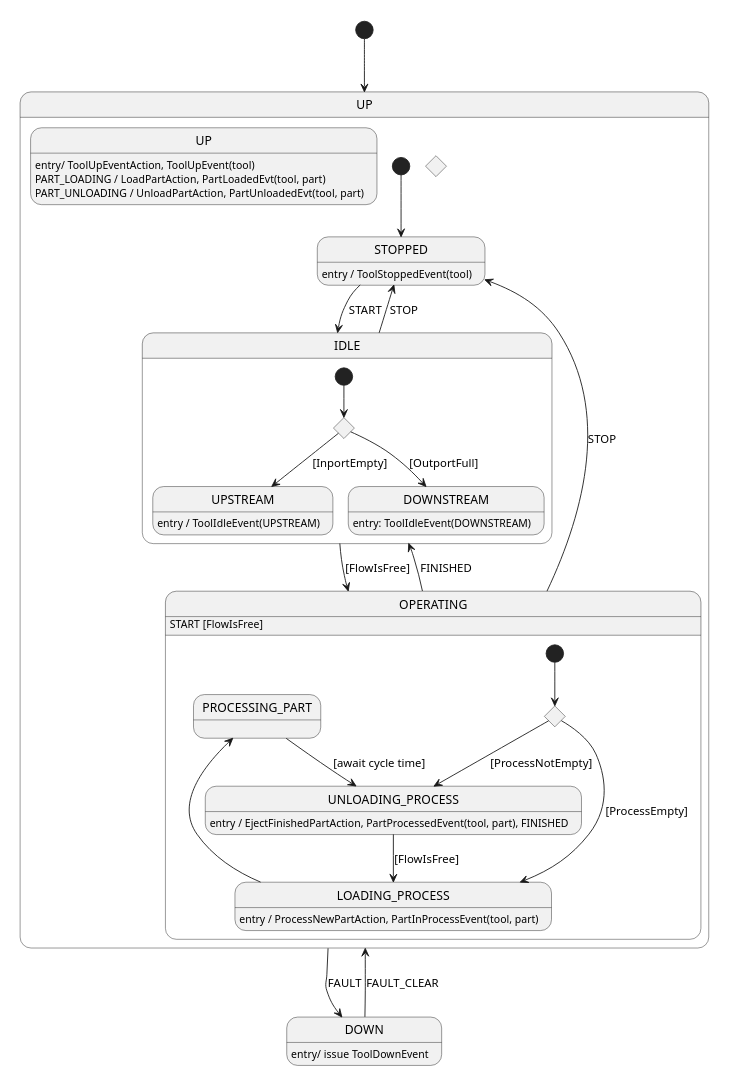
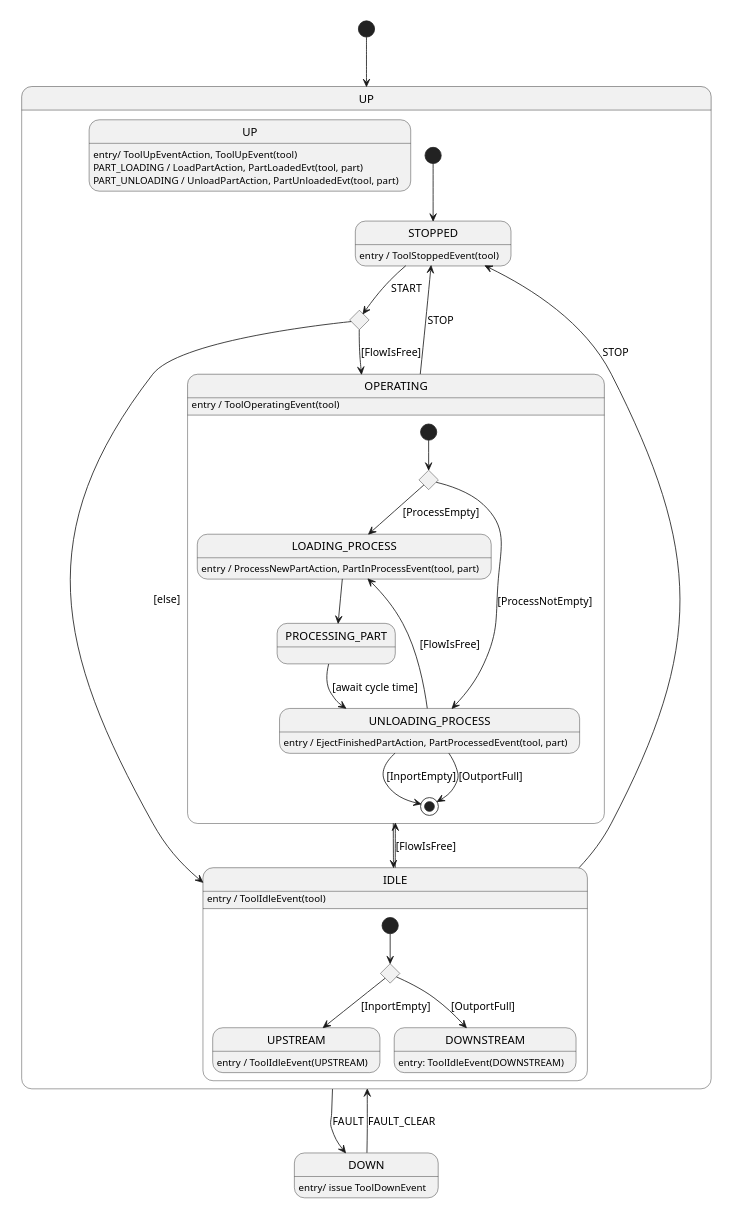
Before and after one commit to onouv/mes-tool-mock-srv: the diagram in doc/domain/tool-4.state.puml, drawn with PlantUML. The commit also changed 13 other files, not shown here.

```diff
--- a/doc/domain/tool-4.state.puml
+++ b/doc/domain/tool-4.state.puml
@@ -1,57 +1,60 @@
 @startuml
 'https://plantuml.com/state-diagram
 skinparam defaultTextAlignment left
 scale 350 width
 
 [*] --> UP
 state DOWN : entry/ issue ToolDownEvent
 
 state UP {
     state UP: entry/ ToolUpEventAction, ToolUpEvent(tool)
     state UP: PART_LOADING / LoadPartAction, PartLoadedEvt(tool, part)
     state UP: PART_UNLOADING / UnloadPartAction, PartUnloadedEvt(tool, part)
 
     state STOPPED
     STOPPED: entry / ToolStoppedEvent(tool)
+
+    state CHOICE_START <<choice>>
+    [*] --> STOPPED
+    STOPPED --> CHOICE_START: START
+    CHOICE_START --> OPERATING: [FlowIsFree]
+    CHOICE_START --> IDLE: [else]
+
+    OPERATING --> STOPPED: STOP
+    OPERATING --> IDLE
+
     state IDLE {
+        IDLE: entry / ToolIdleEvent(tool)
         state UPSTREAM: entry / ToolIdleEvent(UPSTREAM)
         state DOWNSTREAM: entry: ToolIdleEvent(DOWNSTREAM)
-        state c <<choice>>
-        [*] --> c
-        c --> UPSTREAM: [InportEmpty]
-        c --> DOWNSTREAM: [OutportFull]
+        state CHOICE_IDLE <<choice>>
+        [*] --> CHOICE_IDLE
+        CHOICE_IDLE --> UPSTREAM: [InportEmpty]
+        CHOICE_IDLE --> DOWNSTREAM: [OutportFull]
     }
 
     state OPERATING {
+        OPERATING: entry / ToolOperatingEvent(tool)
+        state LOADING_PROCESS: entry / ProcessNewPartAction, PartInProcessEvent(tool, part)
+        state UNLOADING_PROCESS: entry / EjectFinishedPartAction, PartProcessedEvent(tool, part)
+        state CHOICE_LOADING <<choice>>
         state PROCESSING_PART
-        state LOADING_PROCESS: entry / ProcessNewPartAction, PartInProcessEvent(tool, part)
-        state UNLOADING_PROCESS: entry / EjectFinishedPartAction, PartProcessedEvent(tool, part), FINISHED
-        state c1 <<choice>>
 
-        [*] --> c1
-        c1 --> LOADING_PROCESS: [ProcessEmpty]
-        c1 --> UNLOADING_PROCESS: [ProcessNotEmpty]
+        [*] --> CHOICE_LOADING
+        CHOICE_LOADING --> LOADING_PROCESS: [ProcessEmpty]
+        CHOICE_LOADING --> UNLOADING_PROCESS: [ProcessNotEmpty]
         LOADING_PROCESS --> PROCESSING_PART
 
         PROCESSING_PART --> UNLOADING_PROCESS: [await cycle time]
         UNLOADING_PROCESS --> LOADING_PROCESS: [FlowIsFree]
-
+        UNLOADING_PROCESS --> [*] : [InportEmpty]
+        UNLOADING_PROCESS --> [*] : [OutportFull]
     }
-
-    state c2 <<choice>>
-
-    [*] --> STOPPED
-    STOPPED --> IDLE: START
-    OPERATING: START [FlowIsFree]
-
-    OPERATING --> STOPPED: STOP
-    OPERATING --> IDLE: FINISHED
-
 
     IDLE --> OPERATING: [FlowIsFree]
     IDLE --> STOPPED: STOP
 }
 
 UP --> DOWN: FAULT
 DOWN --> UP: FAULT_CLEAR
 @enduml
```
